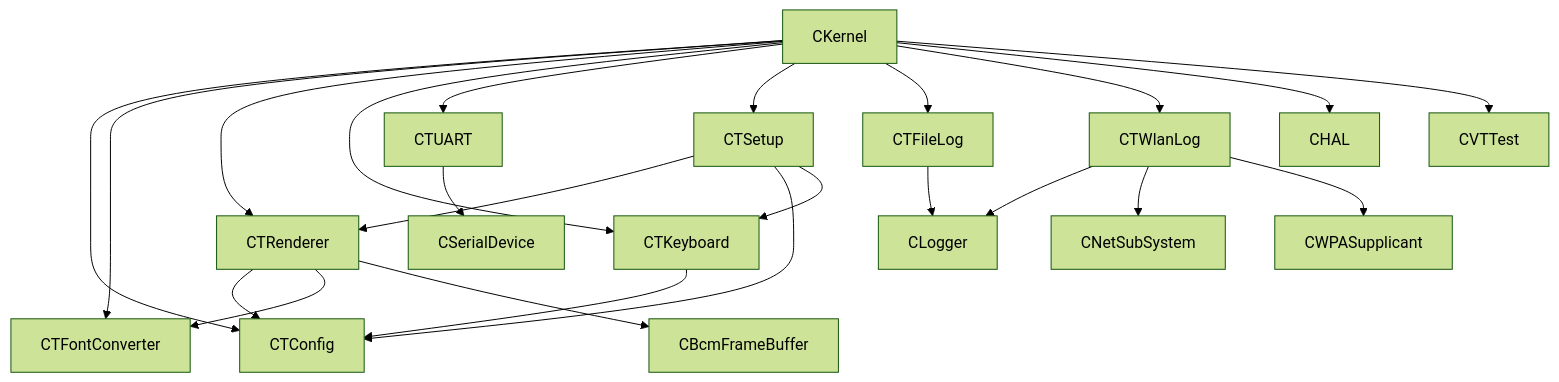
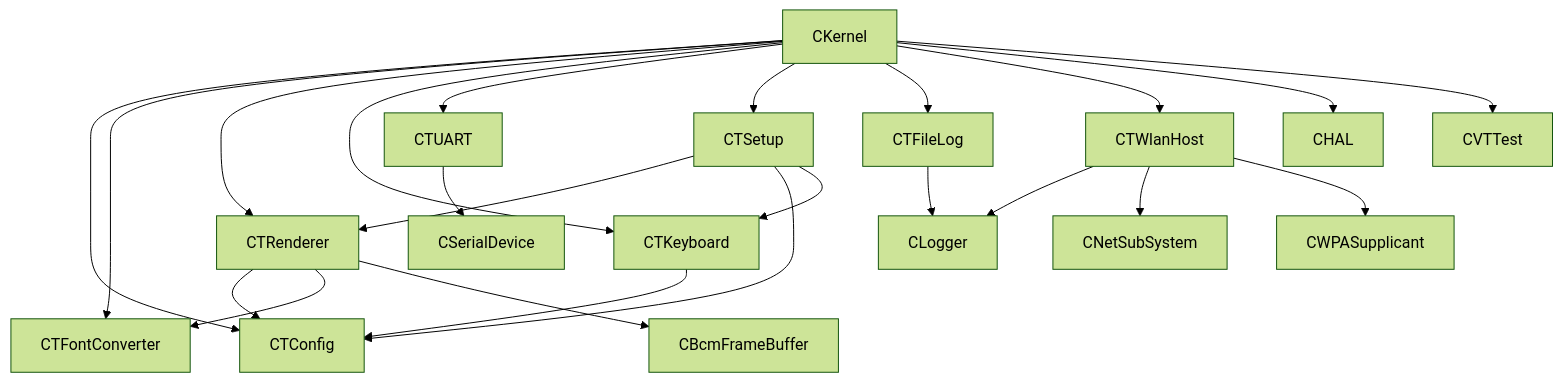
The first of 3 diagrams in VT100/docs/VT100_Architecture.md (rzuehlsd/PiZero_VT100), drawn with Mermaid (forest theme) before and after one commit. The commit also changed other lines of this file and 2 other files, not shown here.

First line of the commit message:
VT100: document shadow-buffer-first renderer architecture

````diff
--- a/VT100/docs/VT100_Architecture.md
+++ b/VT100/docs/VT100_Architecture.md
@@ -63,29 +63,29 @@
 ```mermaid
 graph TD
   CKernel --> CTConfig
   CKernel --> CTFontConverter
   CKernel --> CTRenderer
   CKernel --> CTKeyboard
   CKernel --> CTUART
   CKernel --> CTSetup
   CKernel --> CTFileLog
-  CKernel --> CTWlanLog
+  CKernel --> CTWlanHost
   CKernel --> CHAL
   CKernel --> CVTTest
 
   CTSetup --> CTRenderer
   CTSetup --> CTConfig
   CTSetup --> CTKeyboard
 
   CTKeyboard --> CTConfig
   CTRenderer --> CTConfig
   CTRenderer --> CTFontConverter
 
   CTFileLog --> CLogger
-  CTWlanLog --> CLogger
-  CTWlanLog --> CNetSubSystem
-  CTWlanLog --> CWPASupplicant
+  CTWlanHost --> CLogger
+  CTWlanHost --> CNetSubSystem
+  CTWlanHost --> CWPASupplicant
 
   CTUART --> CSerialDevice
   CTRenderer --> CBcmFrameBuffer
 ```
````
